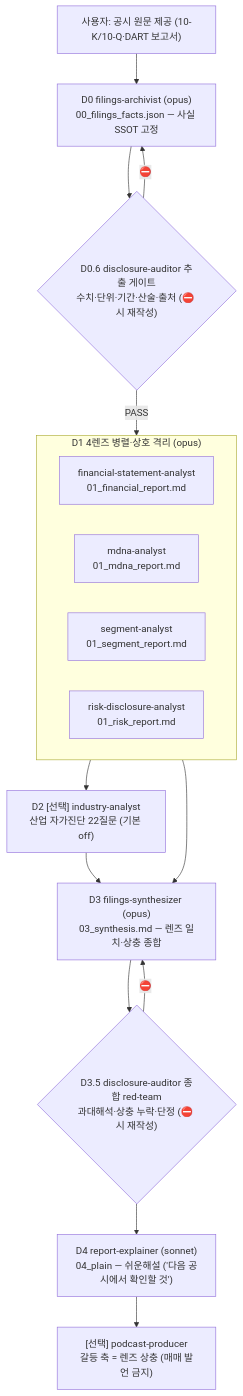
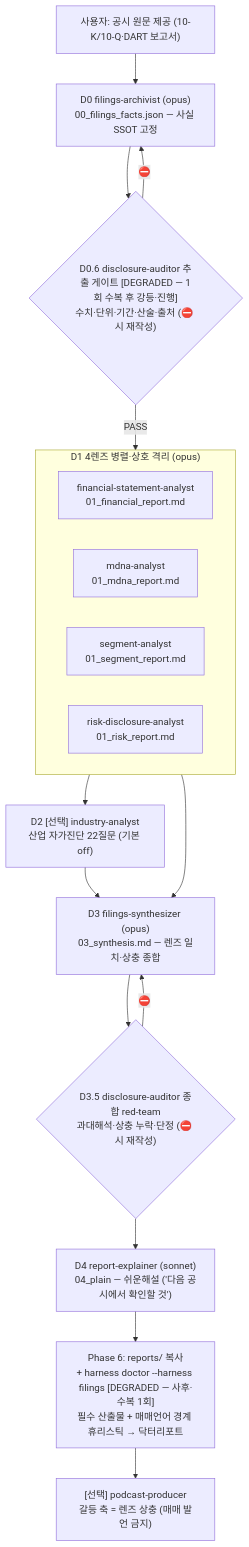
The fourth of 5 diagrams in docs/harness-architecture.md (radioman45/trading-agent), drawn with Mermaid before and after one commit. The commit also changed other lines of this file, not shown here.

First line of the commit message:
문서: 하네스 조감도 Mermaid 갱신 — doctor 노드·판정 4분류·검증/포트폴리오 모드 라벨 반영

````diff
--- a/docs/harness-architecture.md
+++ b/docs/harness-architecture.md
@@ -97,22 +99,23 @@
 ```mermaid
 flowchart TB
   U3["사용자: 공시 원문 제공 (10-K/10-Q·DART 보고서)"] --> D0["D0 filings-archivist (opus)<br/>00_filings_facts.json — 사실 SSOT 고정"]
-  D0 --> D06{"D0.6 disclosure-auditor 추출 게이트<br/>수치·단위·기간·산술·출처 (⛔ 시 재작성)"}
+  D0 --> D06{"D0.6 disclosure-auditor 추출 게이트 [DEGRADED — 1회 수복 후 강등·진행]<br/>수치·단위·기간·산술·출처 (⛔ 시 재작성)"}
   D06 -->|"⛔"| D0
 
   D06 -->|PASS| D1
   subgraph D1["D1 4렌즈 병렬·상호 격리 (opus)"]
     FIN["financial-statement-analyst<br/>01_financial_report.md"]
     MDA["mdna-analyst<br/>01_mdna_report.md"]
     SEG["segment-analyst<br/>01_segment_report.md"]
     RSK["risk-disclosure-analyst<br/>01_risk_report.md"]
   end
 
   D1 --> D2["D2 [선택] industry-analyst<br/>산업 자가진단 22질문 (기본 off)"]
   D2 --> D3["D3 filings-synthesizer (opus)<br/>03_synthesis.md — 렌즈 일치·상충 종합"]
   D1 --> D3
   D3 --> D35{"D3.5 disclosure-auditor 종합 red-team<br/>과대해석·상충 누락·단정 (⛔ 시 재작성)"}
   D35 -->|"⛔"| D3
   D35 --> D4["D4 report-explainer (sonnet)<br/>04_plain — 쉬운해설 ('다음 공시에서 확인할 것')"]
-  D4 --> PODF["[선택] podcast-producer<br/>갈등 축 = 렌즈 상충 (매매 발언 금지)"]
+  D4 --> P6F["Phase 6: reports/ 복사<br/>+ harness doctor --harness filings [DEGRADED — 사후·수복 1회]<br/>필수 산출물 + 매매언어 경계 휴리스틱 → 닥터리포트"]
+  P6F --> PODF["[선택] podcast-producer<br/>갈등 축 = 렌즈 상충 (매매 발언 금지)"]
 ```
````
